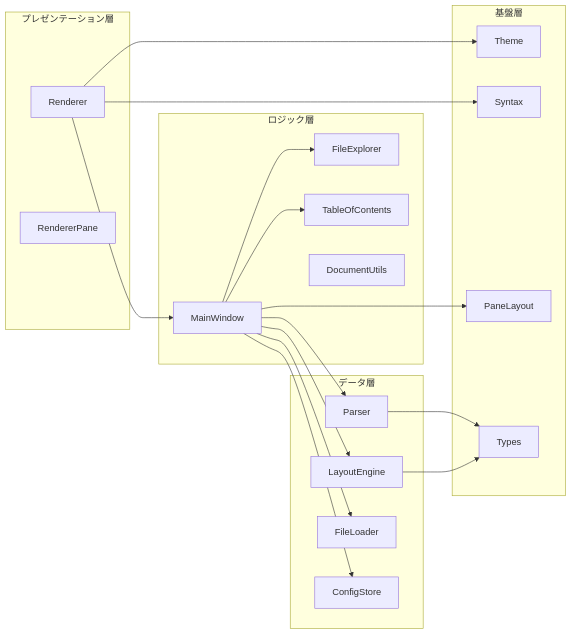
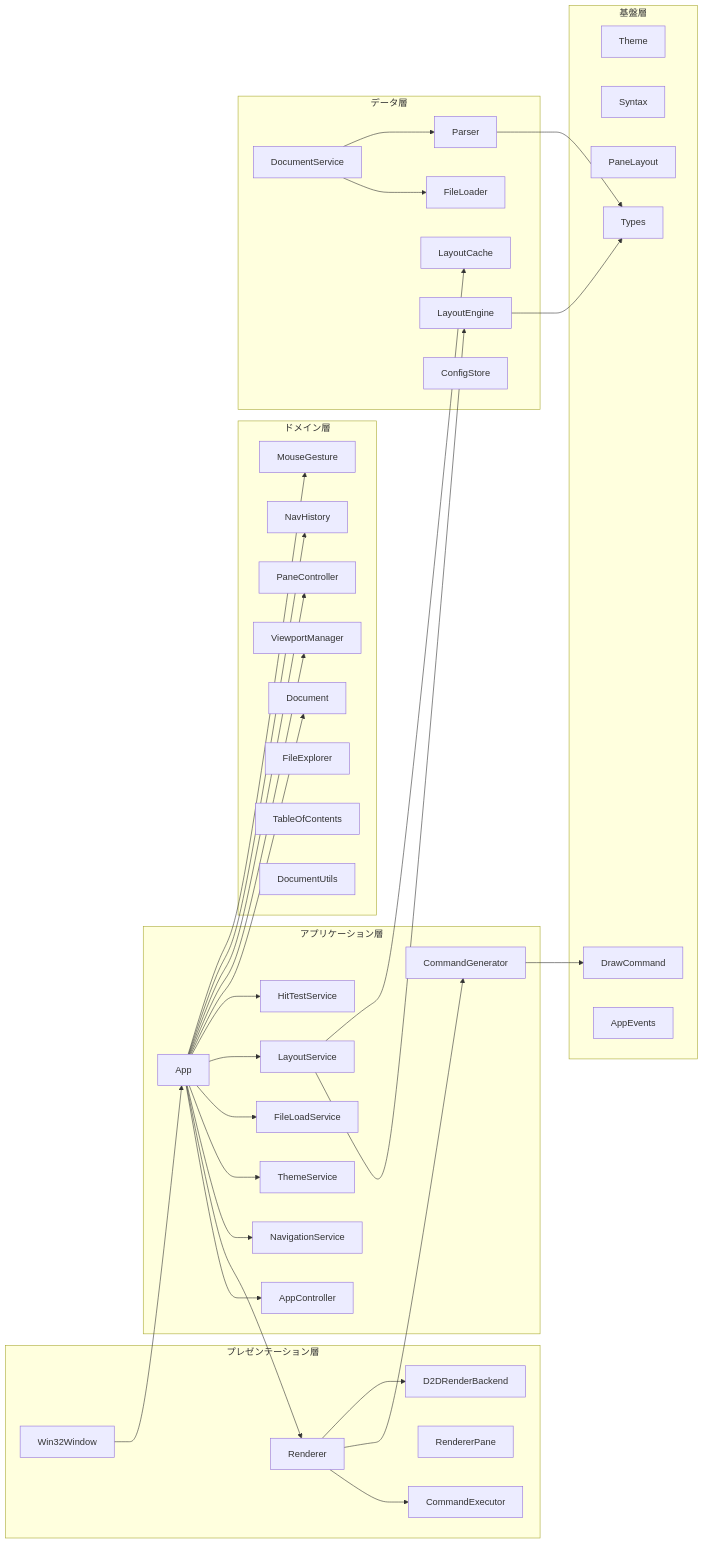
The second of 27 diagrams in test.md (tanaton/mendo), drawn with Mermaid before and after one commit. The commit also changed other lines of this file, not shown here.

````diff
--- a/test.md
+++ b/test.md
@@ -88,41 +102,74 @@
 ```mermaid
 graph LR
     subgraph プレゼンテーション層
+        W[Win32Window]
         R[Renderer]
+        CE[CommandExecutor]
         RP[RendererPane]
+        RB[D2DRenderBackend]
     end
 
-    subgraph ロジック層
-        MW[MainWindow]
+    subgraph アプリケーション層
+        APP[App]
+        AC[AppController]
+        CG[CommandGenerator]
+        NS[NavigationService]
+        TS[ThemeService]
+        FLS[FileLoadService]
+        LS[LayoutService]
+        HTS[HitTestService]
+    end
+
+    subgraph ドメイン層
+        DOC[Document]
+        VM[ViewportManager]
+        PC[PaneController]
+        NH[NavHistory]
+        MG[MouseGesture]
         FE[FileExplorer]
         TOC[TableOfContents]
         DU[DocumentUtils]
     end
 
     subgraph データ層
         P[Parser]
         L[LayoutEngine]
+        LC[LayoutCache]
         FL[FileLoader]
+        DS[DocumentService]
         CS[ConfigStore]
     end
 
     subgraph 基盤層
         TH[Theme]
         SY[Syntax]
         PL[PaneLayout]
         T[Types]
+        DC[DrawCommand]
+        AE[AppEvents]
     end
 
-    R --> MW
-    MW --> P
-    MW --> L
-    MW --> FL
-    MW --> CS
-    MW --> FE
-    MW --> TOC
-    R --> TH
-    R --> SY
-    MW --> PL
+    W --> APP
+    APP --> AC
+    APP --> R
+    R --> CE
+    R --> CG
+    R --> RB
+    APP --> NS
+    APP --> TS
+    APP --> FLS
+    APP --> LS
+    APP --> HTS
+    APP --> DOC
+    APP --> VM
+    APP --> PC
+    APP --> NH
+    APP --> MG
+    DS --> FL
+    DS --> P
+    LS --> L
+    LS --> LC
     P --> T
     L --> T
+    CG --> DC
 ```
````
